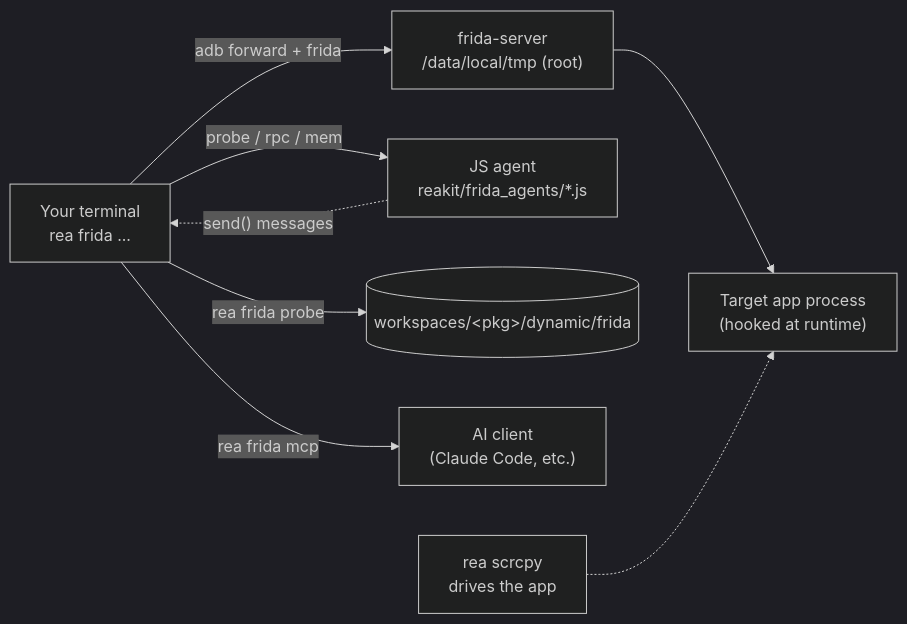
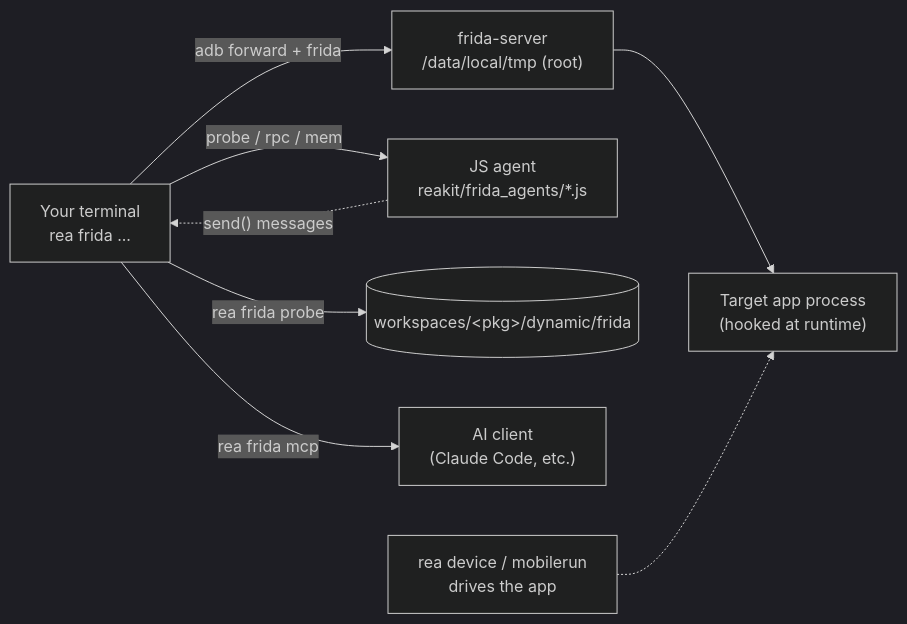
One commit to impeterwayne/REAKit changed the diagram in docs/frida.md. Above: the diagram before and after it, drawn with Mermaid (dark theme). The commit also changed other lines of this file and 27 other files, not shown here.

Commit message:
feat: integrate mobilerun MCP for device control and automation

````diff
--- a/docs/frida.md
+++ b/docs/frida.md
@@ -19,10 +19,10 @@
 ```mermaid
 flowchart LR
     CLI["Your terminal<br/>rea frida ..."] -->|adb forward + frida| SRV["frida-server<br/>/data/local/tmp (root)"]
     SRV --> APP["Target app process<br/>(hooked at runtime)"]
     CLI -->|probe / rpc / mem| AGENT["JS agent<br/>reakit/frida_agents/*.js"]
     AGENT -. send() messages .-> CLI
     CLI -->|rea frida probe| WS[("workspaces/&lt;pkg&gt;/dynamic/frida")]
     CLI -->|rea frida mcp| AI["AI client<br/>(Claude Code, etc.)"]
-    SCRCPY["rea scrcpy<br/>drives the app"] -.-> APP
+    DEVICE["rea device / mobilerun<br/>drives the app"] -.-> APP
 ```
````
